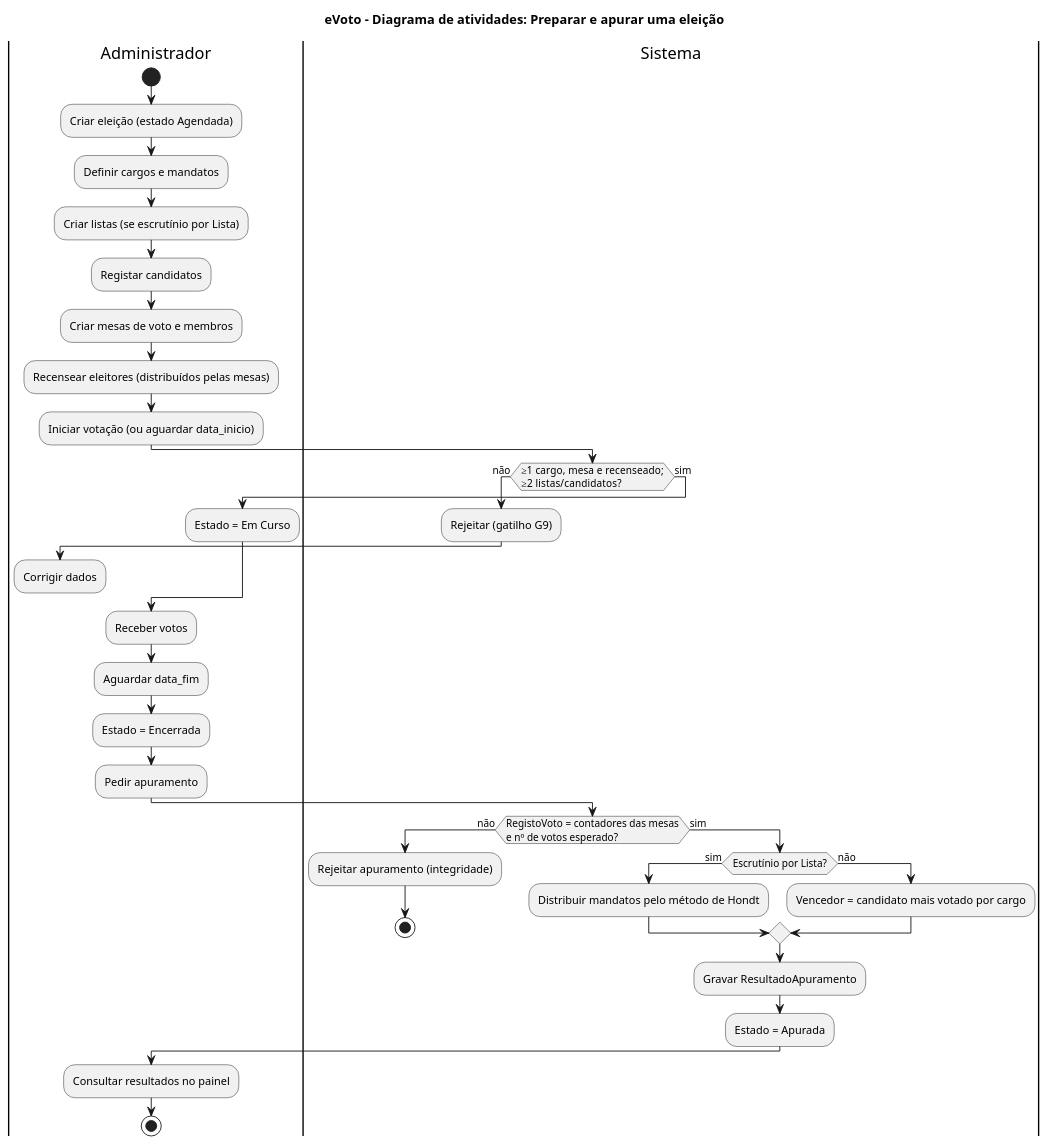
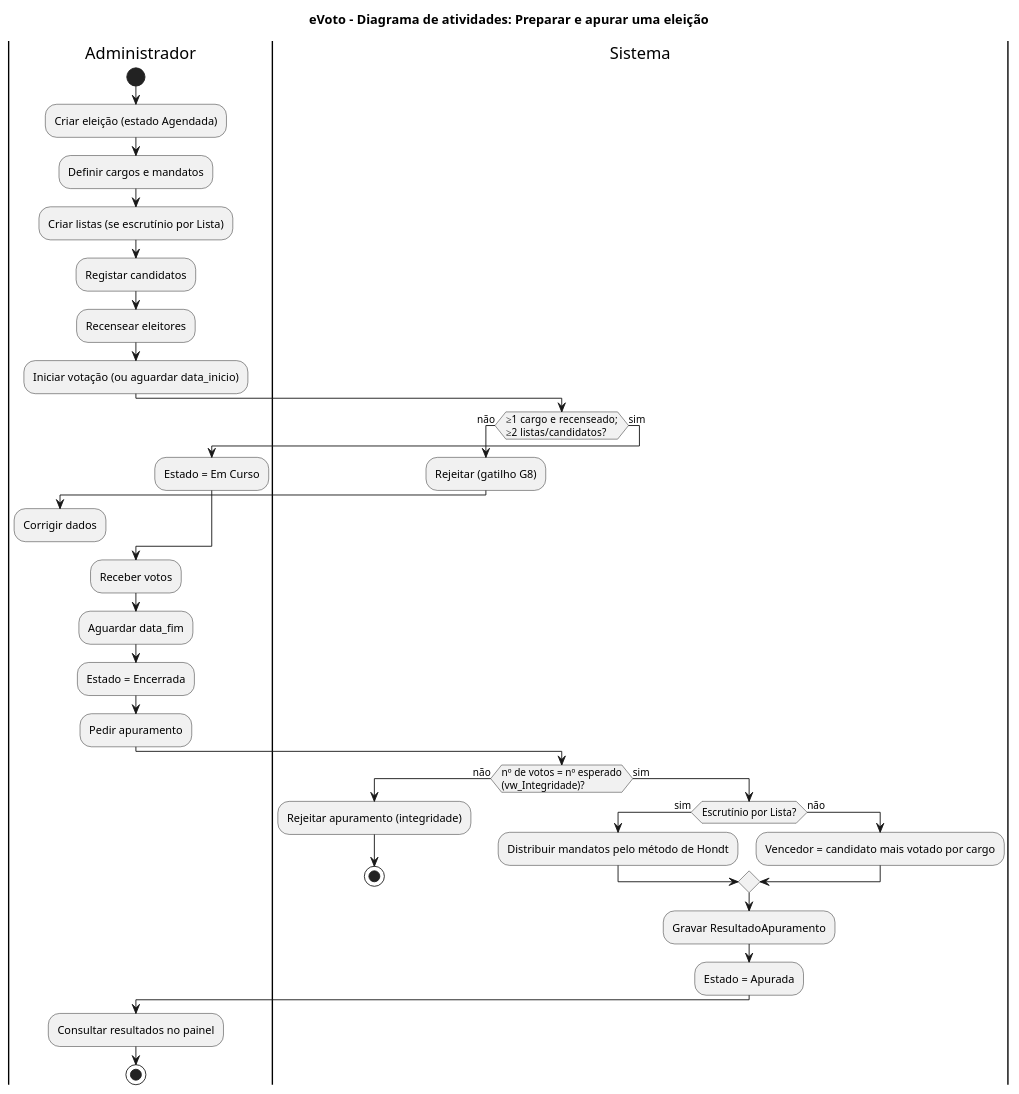
The diagram in docs/uml/03_atividade_gerir_eleicao.puml (Prreira/BDD_Project), drawn with PlantUML before and after one commit. The commit also changed 25 other files, not shown here.

First line of the commit message:
Remove as mesas de voto: o projeto e exclusivamente online

```diff
--- a/docs/uml/03_atividade_gerir_eleicao.puml
+++ b/docs/uml/03_atividade_gerir_eleicao.puml
@@ -1,42 +1,41 @@
 @startuml
 title eVoto - Diagrama de atividades: Preparar e apurar uma eleição
 |Administrador|
 start
 :Criar eleição (estado Agendada);
 :Definir cargos e mandatos;
 :Criar listas (se escrutínio por Lista);
 :Registar candidatos;
-:Criar mesas de voto e membros;
-:Recensear eleitores (distribuídos pelas mesas);
+:Recensear eleitores;
 :Iniciar votação (ou aguardar data_inicio);
 |Sistema|
-if (≥1 cargo, mesa e recenseado;\n≥2 listas/candidatos?) then (não)
-  :Rejeitar (gatilho G9);
+if (≥1 cargo e recenseado;\n≥2 listas/candidatos?) then (não)
+  :Rejeitar (gatilho G8);
   |Administrador|
   :Corrigir dados;
   detach
 else (sim)
   :Estado = Em Curso;
 endif
 :Receber votos;
 :Aguardar data_fim;
 :Estado = Encerrada;
 |Administrador|
 :Pedir apuramento;
 |Sistema|
-if (RegistoVoto = contadores das mesas\ne nº de votos esperado?) then (não)
+if (nº de votos = nº esperado\n(vw_Integridade)?) then (não)
   :Rejeitar apuramento (integridade);
   stop
 else (sim)
   if (Escrutínio por Lista?) then (sim)
     :Distribuir mandatos pelo método de Hondt;
   else (não)
     :Vencedor = candidato mais votado por cargo;
   endif
   :Gravar ResultadoApuramento;
   :Estado = Apurada;
 endif
 |Administrador|
 :Consultar resultados no painel;
 stop
 @enduml
```
